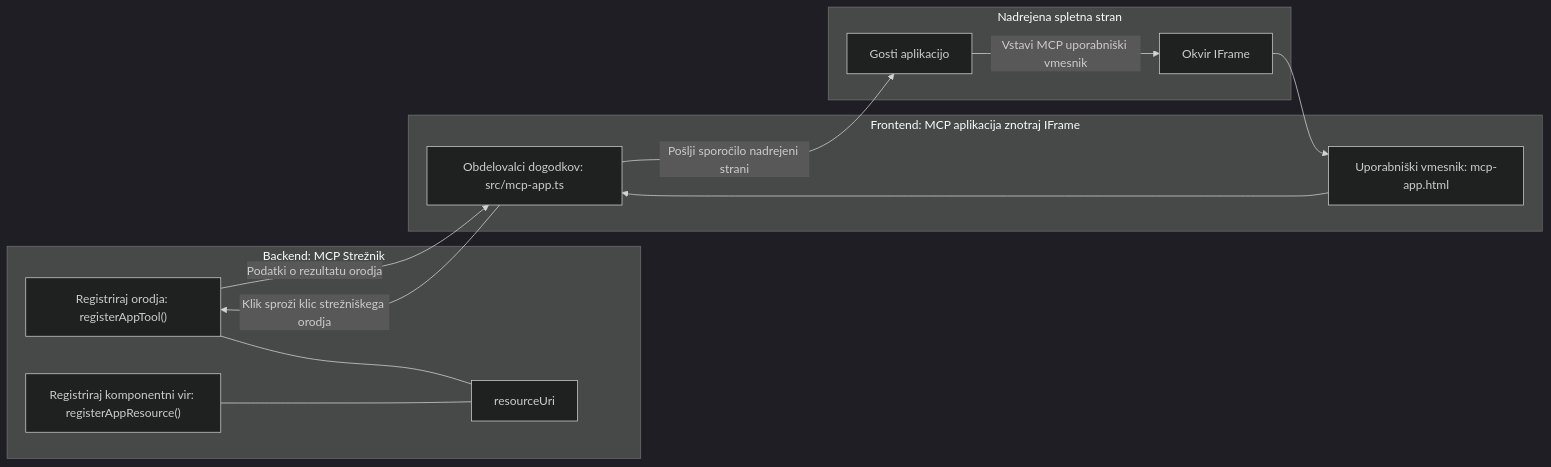
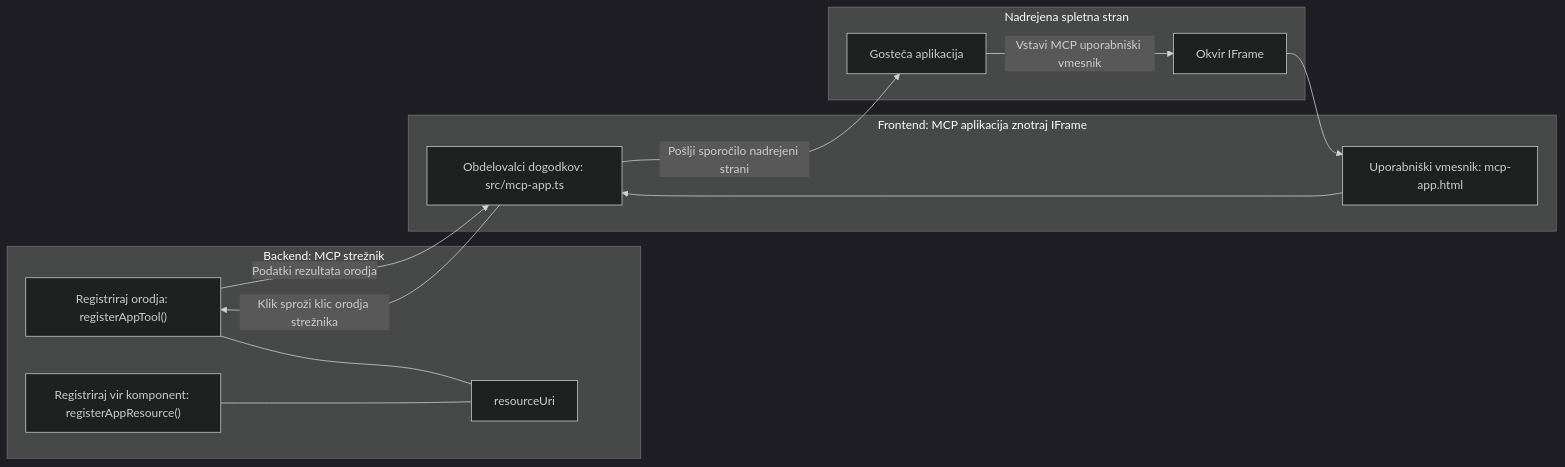
One commit to HIDORAKAI002/ai-workspace-archive changed the diagram in mcp_ecosystem__model_context_protocol/mcp_learning_resources/mcp-for-beginners/translations/sl/03-GettingStarted/15-mcp-apps/README.md. Above: the diagram before and after it, drawn with Mermaid (dark theme). The commit also changed other lines of this file and 1160 other files, not shown here.

````diff
--- a/mcp_ecosystem__model_context_protocol/mcp_learning_resources/mcp-for-beginners/translations/sl/03-GettingStarted/15-mcp-apps/README.md
+++ b/mcp_ecosystem__model_context_protocol/mcp_learning_resources/mcp-for-beginners/translations/sl/03-GettingStarted/15-mcp-apps/README.md
@@ -32,27 +32,27 @@
 ```mermaid
 flowchart LR
-  subgraph Backend[Backend: MCP Strežnik]
+  subgraph Backend[Backend: MCP strežnik]
     T["Registriraj orodja: registerAppTool()"]
-    C["Registriraj komponentni vir: registerAppResource()"]
+    C["Registriraj vir komponent: registerAppResource()"]
     U[resourceUri]
     T --- U
     C --- U
   end
 
   subgraph Parent[Nadrejena spletna stran]
-    H[Gosti aplikacijo]
+    H[Gosteča aplikacija]
     IFRAME[Okvir IFrame]
     H -->|Vstavi MCP uporabniški vmesnik| IFRAME
   end
 
   subgraph Frontend[Frontend: MCP aplikacija znotraj IFrame]
     UI["Uporabniški vmesnik: mcp-app.html"]
     EH["Obdelovalci dogodkov: src/mcp-app.ts"]
     UI --> EH
   end
 
   IFRAME --> UI
-  EH -->|Klik sproži klic strežniškega orodja| T
-  T -->|Podatki o rezultatu orodja| EH
+  EH -->|Klik sproži klic orodja strežnika| T
+  T -->|Podatki rezultata orodja| EH
   EH -->|Pošlji sporočilo nadrejeni strani| H
-```  
+```
````
